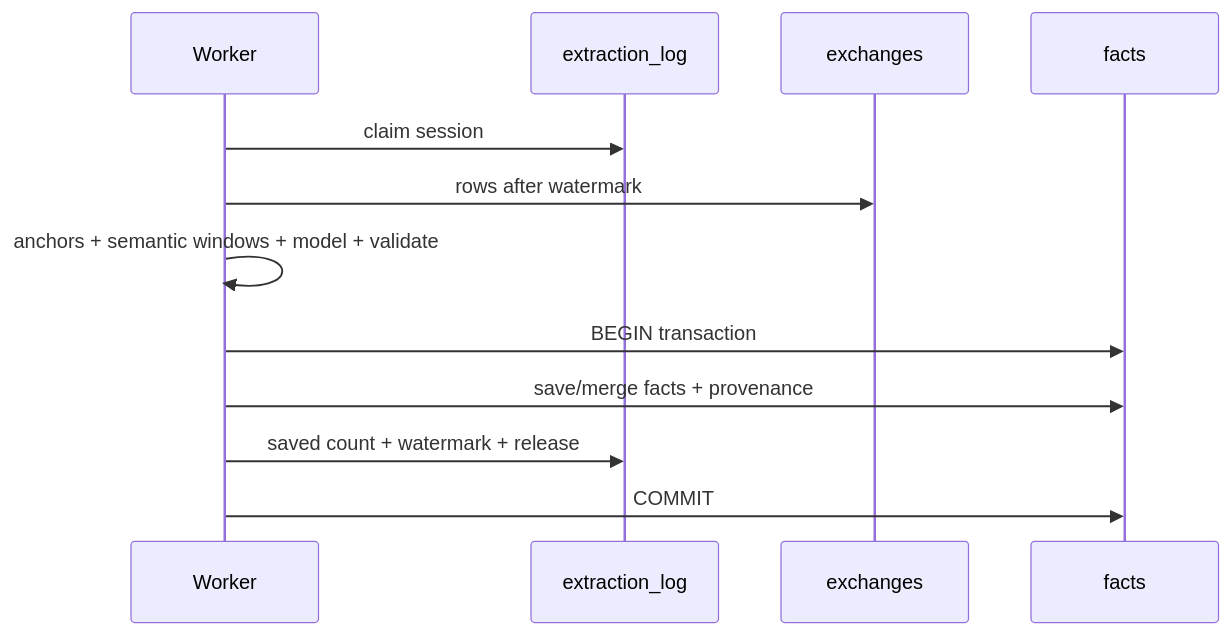
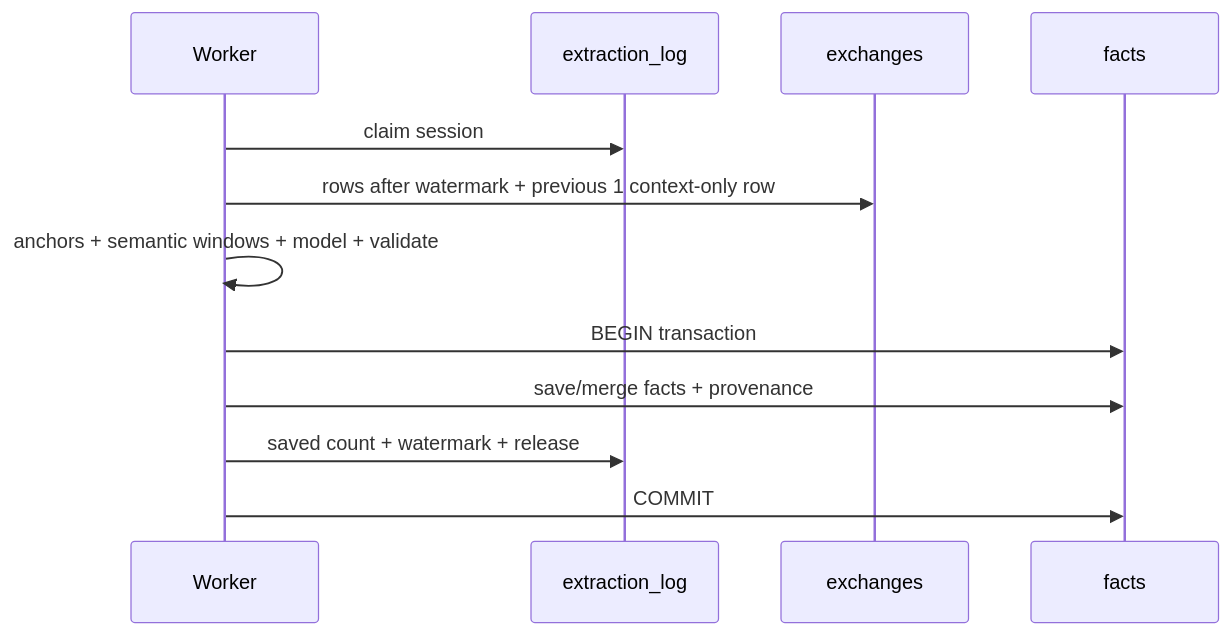
One commit to BongSuCHOI/memex changed the diagram in docs/FACT-LIFECYCLE.md. Above: the diagram before and after it, drawn with Mermaid. The commit also changed other lines of this file and 8 other files, not shown here.

Commit message:
feat(extraction): add watermark prefix context

````diff
--- a/docs/FACT-LIFECYCLE.md
+++ b/docs/FACT-LIFECYCLE.md
@@ -107,15 +116,15 @@
 ```mermaid
 sequenceDiagram
     participant W as Worker
     participant L as extraction_log
     participant E as exchanges
     participant F as facts
 
     W->>L: claim session
-    W->>E: rows after watermark
+    W->>E: rows after watermark + previous 1 context-only row
     W->>W: anchors + semantic windows + model + validate
     W->>F: BEGIN transaction
     W->>F: save/merge facts + provenance
     W->>L: saved count + watermark + release
     W->>F: COMMIT
 ```
````
